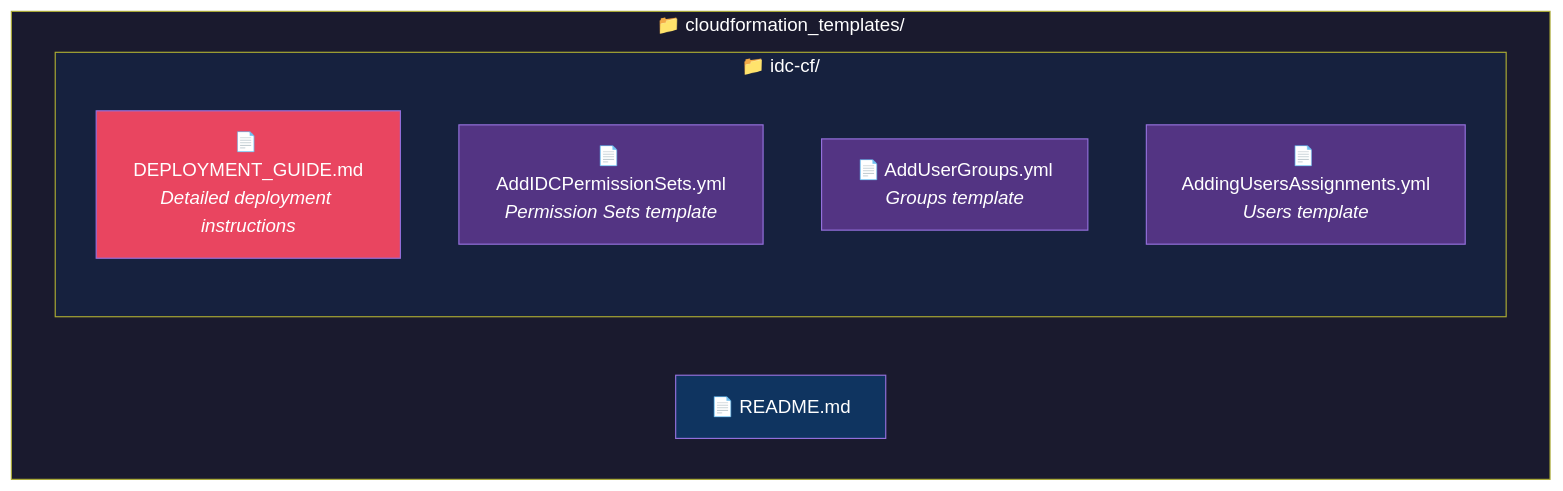
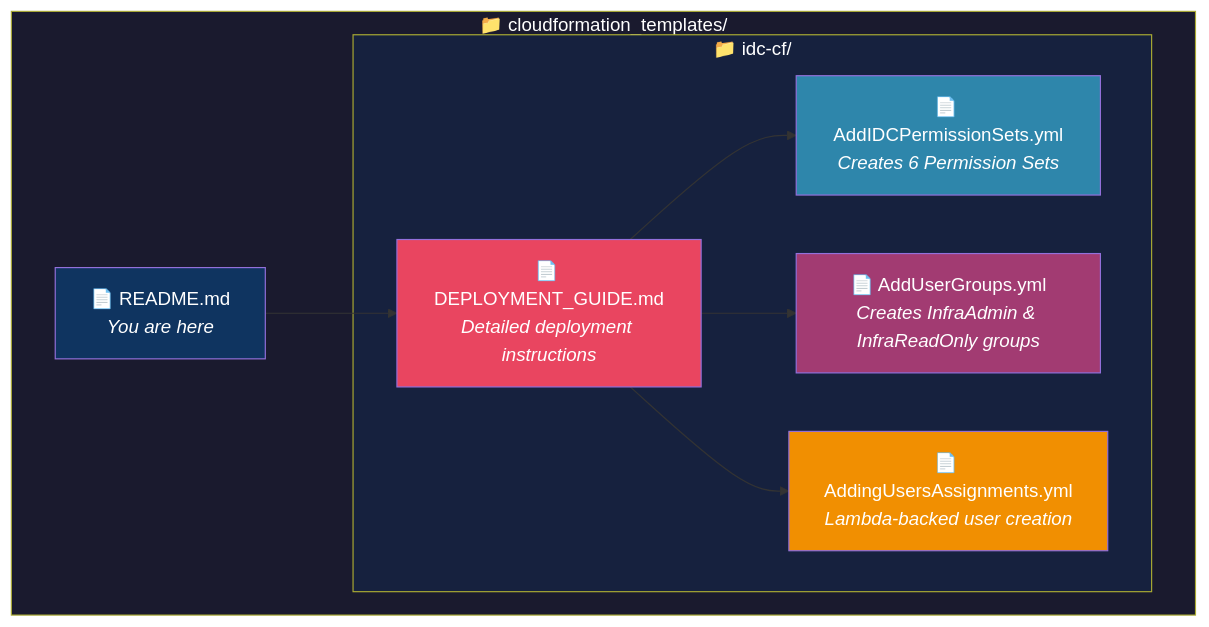
One commit to damatechguy27/cloudformation_templates changed the fourth of 6 diagrams in README.md. Above: the diagram before and after it, drawn with Mermaid. The commit also changed other lines of this file, not shown here.

````diff
--- a/README.md
+++ b/README.md
@@ -32,20 +189,25 @@
 ```mermaid
 flowchart TB
     subgraph repo["📁 cloudformation_templates/"]
-        README["📄 README.md"]
+        README["📄 README.md<br/><i>You are here</i>"]
         subgraph idc["📁 idc-cf/"]
             GUIDE["📄 DEPLOYMENT_GUIDE.md<br/><i>Detailed deployment instructions</i>"]
-            PS["📄 AddIDCPermissionSets.yml<br/><i>Permission Sets template</i>"]
-            UG["📄 AddUserGroups.yml<br/><i>Groups template</i>"]
-            UA["📄 AddingUsersAssignments.yml<br/><i>Users template</i>"]
+            PS["📄 AddIDCPermissionSets.yml<br/><i>Creates 6 Permission Sets</i>"]
+            UG["📄 AddUserGroups.yml<br/><i>Creates InfraAdmin & InfraReadOnly groups</i>"]
+            UA["📄 AddingUsersAssignments.yml<br/><i>Lambda-backed user creation</i>"]
         end
     end
-    
+
+    README --> GUIDE
+    GUIDE --> PS
+    GUIDE --> UG
+    GUIDE --> UA
+
     style repo fill:#1a1a2e,color:#fff
     style idc fill:#16213e,color:#fff
     style README fill:#0f3460,color:#fff
     style GUIDE fill:#e94560,color:#fff
-    style PS fill:#533483,color:#fff
-    style UG fill:#533483,color:#fff
-    style UA fill:#533483,color:#fff
+    style PS fill:#2E86AB,color:#fff
+    style UG fill:#A23B72,color:#fff
+    style UA fill:#F18F01,color:#fff
 ```
````
